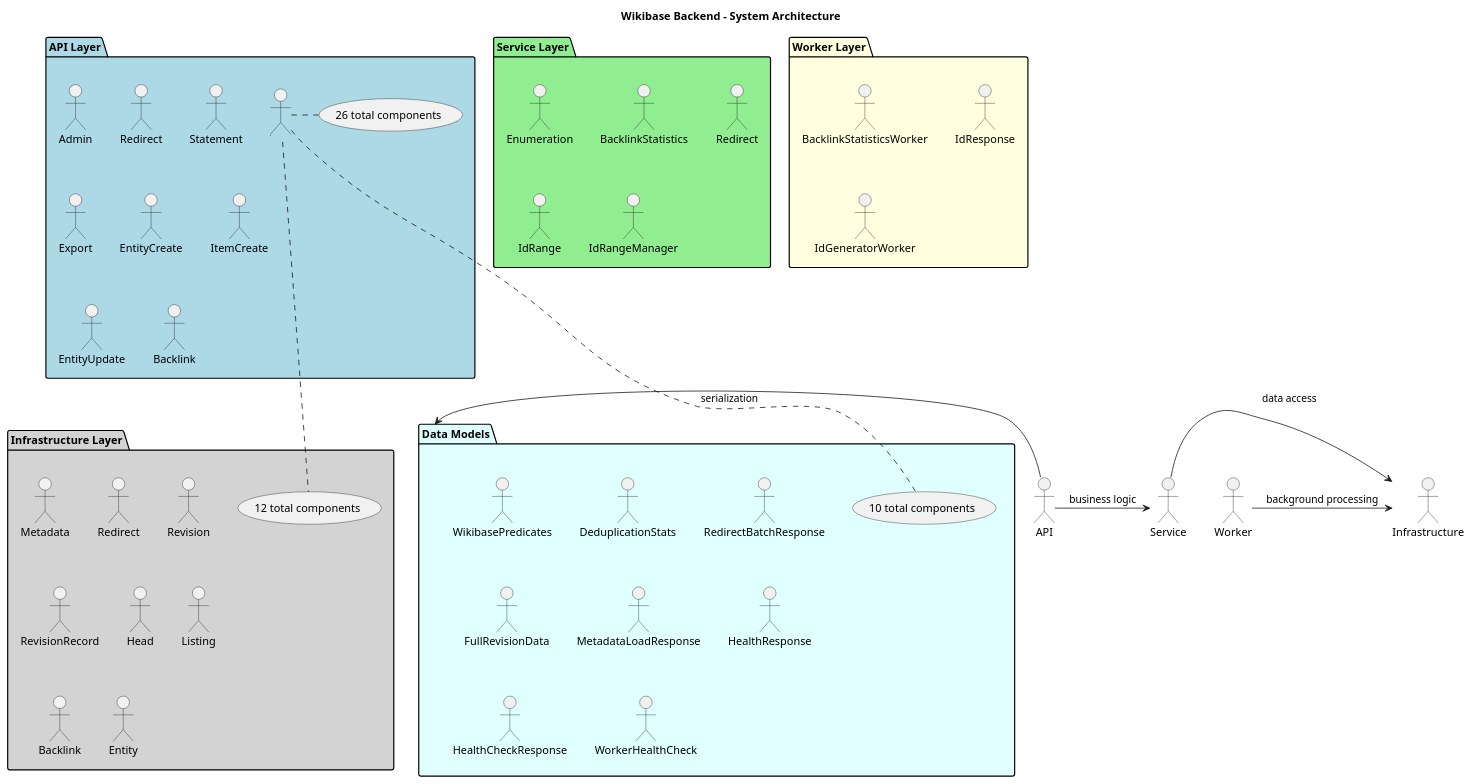
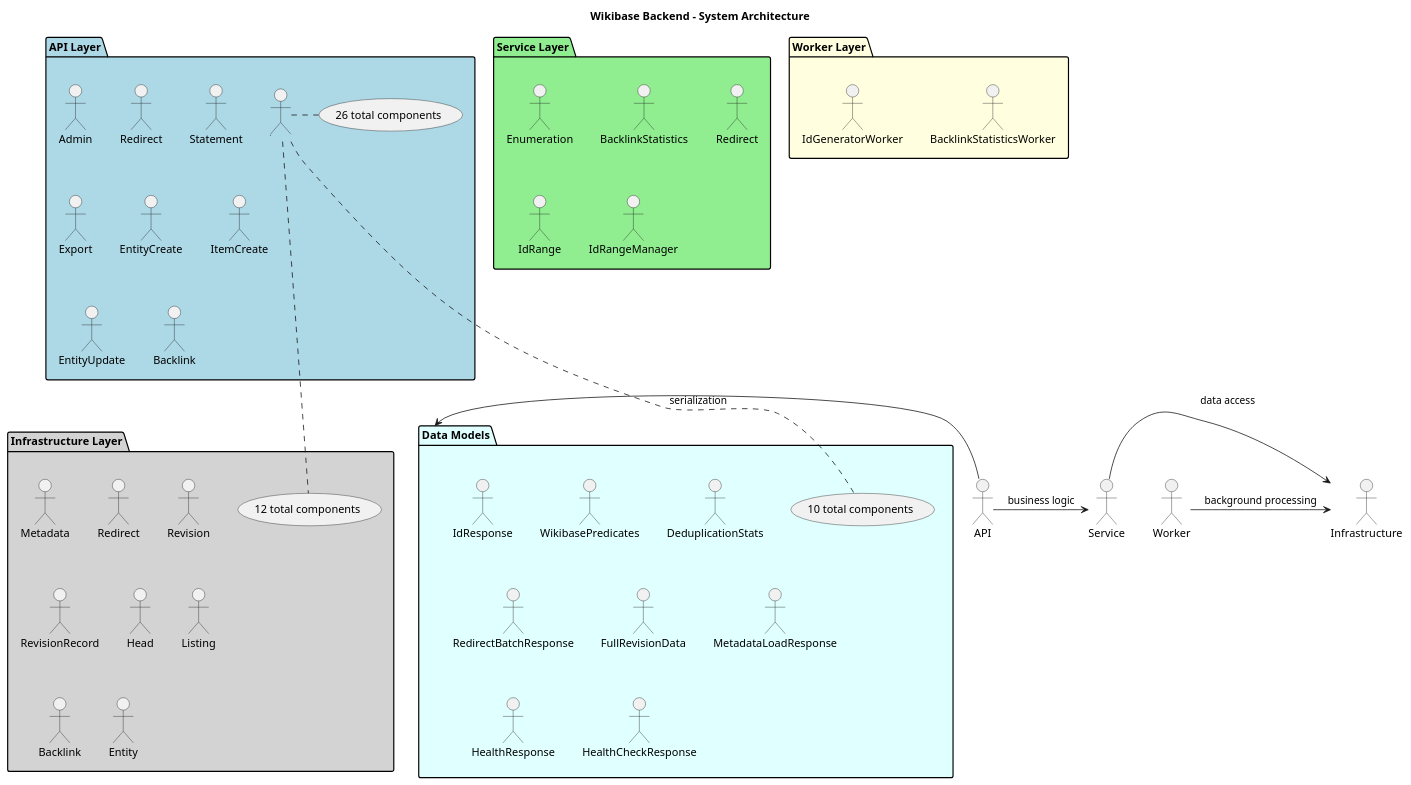
The diagram in doc/DIAGRAMS/system_architecture.puml (dpriskorn/entitybase-backend), drawn with PlantUML before and after one commit. The commit also changed 31 other files, not shown here.

```diff
--- a/doc/DIAGRAMS/system_architecture.puml
+++ b/doc/DIAGRAMS/system_architecture.puml
@@ -1,62 +1,61 @@
 @startuml System Architecture
 
 title Wikibase Backend - System Architecture
 
 package "API Layer" as APILayer #LightBlue {
     "Admin" as AdminHandler
     "Redirect" as RedirectHandler
     "Statement" as StatementHandler
     "Export" as ExportHandler
     "EntityCreate" as EntityCreateHandler
     "ItemCreate" as ItemCreateHandler
     "EntityUpdate" as EntityUpdateHandler
     "Backlink" as BacklinkHandler
     ... (26 total components)
 }
 
 package "Service Layer" as ServiceLayer #LightGreen {
     "Enumeration" as EnumerationService
     "BacklinkStatistics" as BacklinkStatisticsService
     "Redirect" as RedirectService
     "IdRange" as IdRange
     "IdRangeManager" as IdRangeManager
 }
 
 package "Worker Layer" as WorkerLayer #LightYellow {
     "BacklinkStatisticsWorker" as BacklinkStatisticsWorker
-    "IdResponse" as IdResponse
     "IdGeneratorWorker" as IdGeneratorWorker
 }
 
 package "Infrastructure Layer" as InfrastructureLayer #LightGray {
     "Metadata" as MetadataRepository
     "Redirect" as RedirectRepository
     "Revision" as RevisionRepository
     "RevisionRecord" as RevisionRecord
     "Head" as HeadRepository
     "Listing" as ListingRepository
     "Backlink" as BacklinkRepository
     "Entity" as EntityRepository
     ... (12 total components)
 }
 
 package "Data Models" as DataModels #LightCyan {
+    "IdResponse" as IdResponse
     "WikibasePredicates" as WikibasePredicates
     "DeduplicationStats" as DeduplicationStats
     "RedirectBatchResponse" as RedirectBatchResponse
     "FullRevisionData" as FullRevisionData
     "MetadataLoadResponse" as MetadataLoadResponse
     "HealthResponse" as HealthResponse
     "HealthCheckResponse" as HealthCheckResponse
-    "WorkerHealthCheck" as WorkerHealthCheck
     ... (10 total components)
 }
 
 
 ' Relationships
 API -> Service : business logic
 Service -> Infrastructure : data access
 Worker -> Infrastructure : background processing
 API -> DataModels : serialization
 
 @enduml
```
